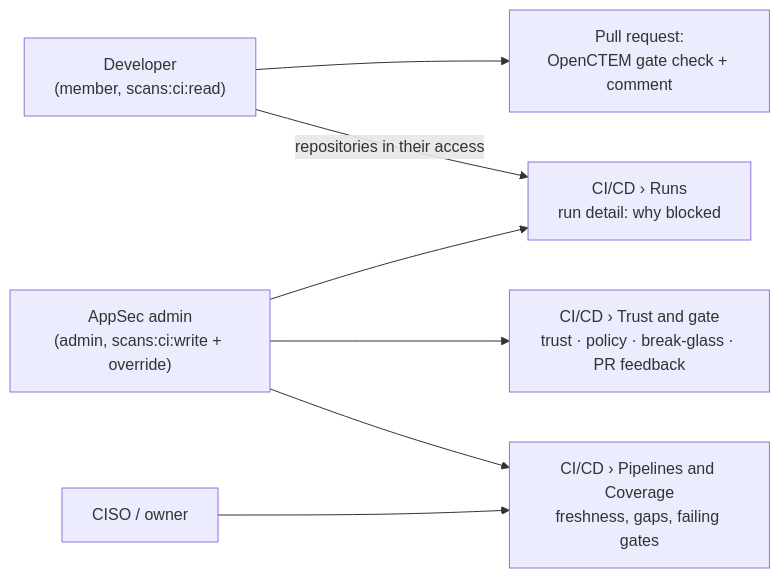
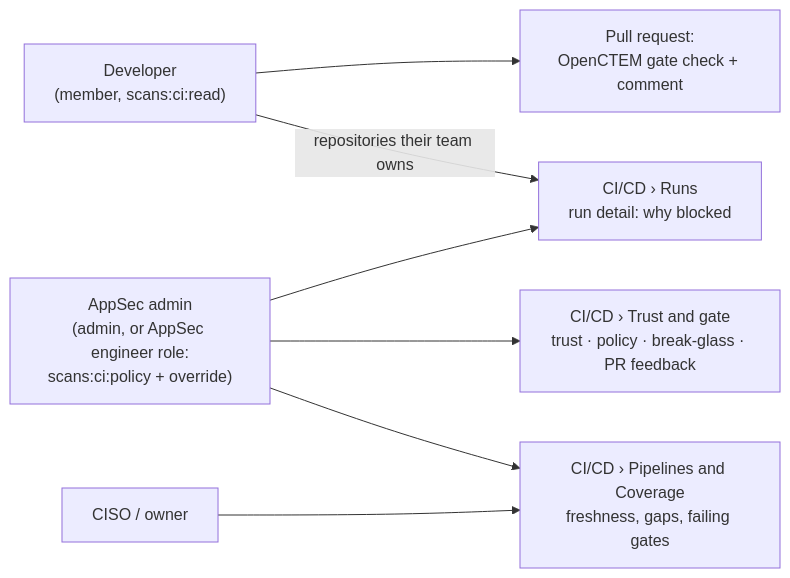
One commit to openctemio/docs changed the first of 4 diagrams in scanning/ci-integration.md. Above: the diagram before and after it, drawn with Mermaid. The commit also changed other lines of this file and 6 other files, not shown here.

````diff
--- a/scanning/ci-integration.md
+++ b/scanning/ci-integration.md
@@ -38,16 +38,16 @@
 ```mermaid
 flowchart LR
   dev["Developer<br/>(member, scans:ci:read)"]
-  sec["AppSec admin<br/>(admin, scans:ci:write + override)"]
+  sec["AppSec admin<br/>(admin, or AppSec engineer role:<br/>scans:ci:policy + override)"]
   ciso["CISO / owner"]
   pr["Pull request:<br/>OpenCTEM gate check + comment"]
   runs["CI/CD › Runs<br/>run detail: why blocked"]
   setup["CI/CD › Trust and gate<br/>trust · policy · break-glass · PR feedback"]
   cov["CI/CD › Pipelines and Coverage<br/>freshness, gaps, failing gates"]
   dev --> pr
-  dev -->|repositories in their access| runs
+  dev -->|repositories their team owns| runs
   sec --> setup
   sec --> runs
   sec --> cov
   ciso --> cov
 ```
````
